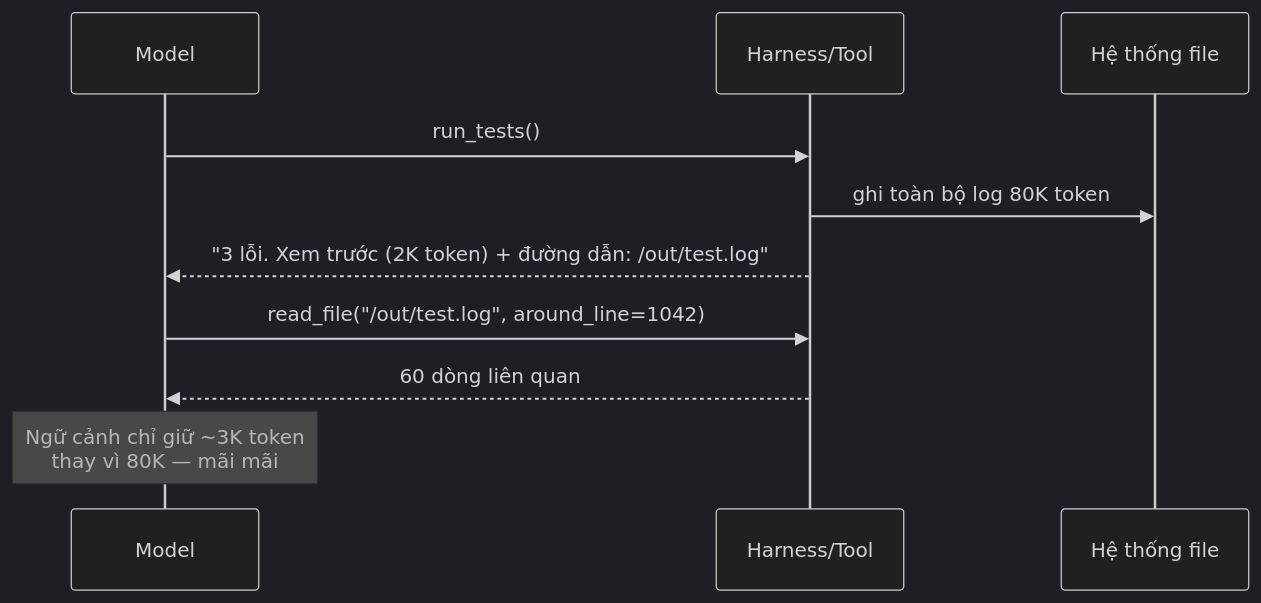
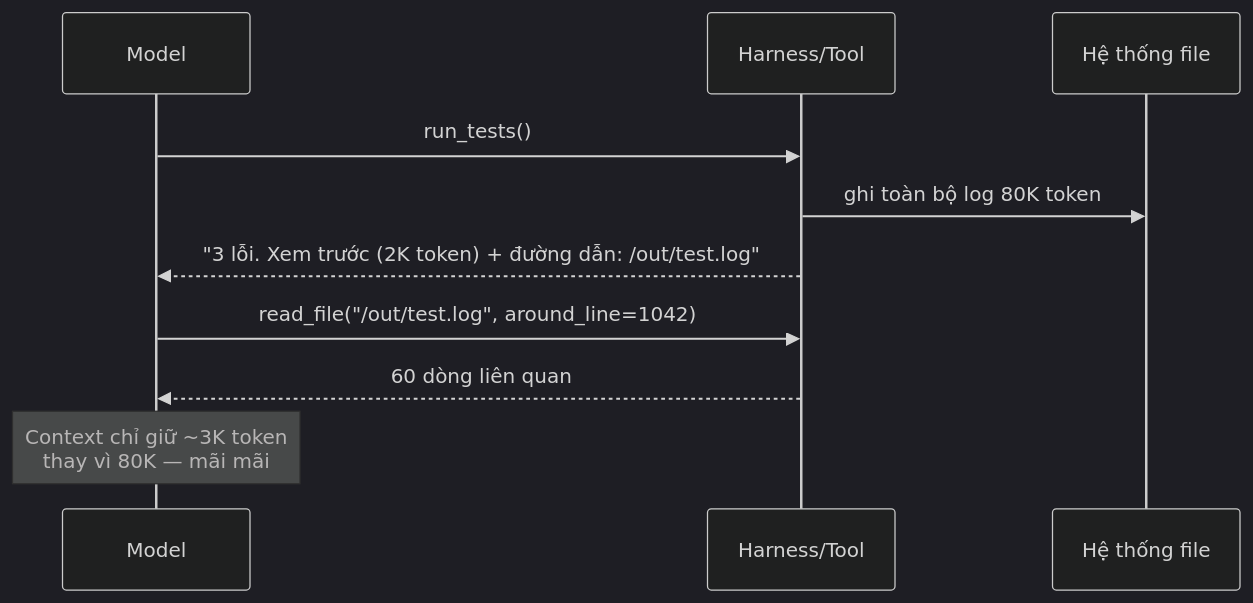
Before and after one commit to dungnm02/token-optimizer: the first of 2 diagrams in solutions/tool-output-budgets.md, drawn with Mermaid (dark theme). The commit also changed other lines of this file and 25 other files, not shown here.

````diff
--- a/solutions/tool-output-budgets.md
+++ b/solutions/tool-output-budgets.md
@@ -46,12 +46,12 @@
 ```mermaid
 sequenceDiagram
     participant M as Model
     participant H as Harness/Tool
     participant FS as Hệ thống file
     M->>H: run_tests()
     H->>FS: ghi toàn bộ log 80K token
     H-->>M: "3 lỗi. Xem trước (2K token) + đường dẫn: /out/test.log"
     M->>H: read_file("/out/test.log", around_line=1042)
     H-->>M: 60 dòng liên quan
-    Note over M: Ngữ cảnh chỉ giữ ~3K token<br/>thay vì 80K — mãi mãi
+    Note over M: Context chỉ giữ ~3K token<br/>thay vì 80K — mãi mãi
 ```
````
